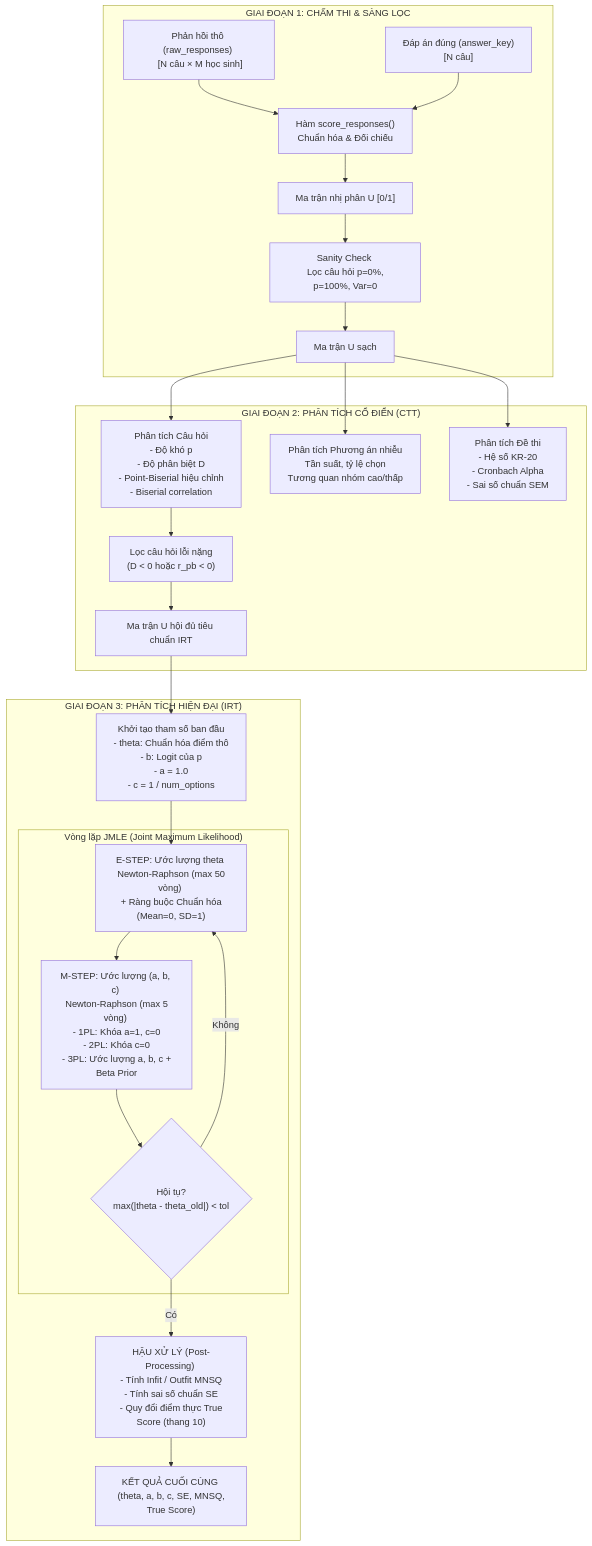
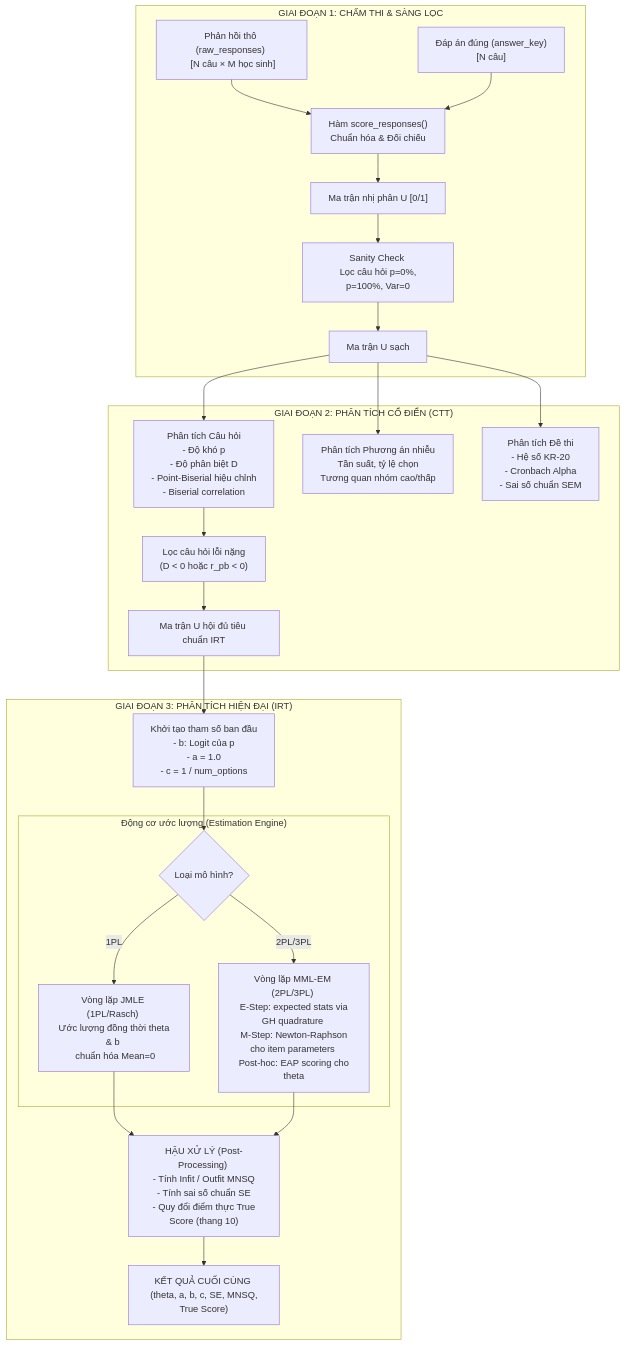
Before and after one commit to buithanhninh/rasch-irt: the first of 2 diagrams in README.md, drawn with Mermaid. The commit also changed other lines of this file and 7 other files, not shown here.

Commit message:
feat: Upgrade IRT 2PL/3PL to MML-EM with Gauss-Hermite quadrature and EAP scoring

````diff
--- a/README.md
+++ b/README.md
@@ -55,43 +55,43 @@
 ```mermaid
 flowchart TD
     subgraph G1["GIAI ĐOẠN 1: CHẤM THI & SÀNG LỌC"]
         Raw["Phản hồi thô (raw_responses) <br> [N câu × M học sinh]"]
         Key["Đáp án đúng (answer_key) <br> [N câu]"]
         Score["Hàm score_responses() <br> Chuẩn hóa & Đối chiếu"]
         Binary["Ma trận nhị phân U [0/1]"]
         Sanity["Sanity Check <br> Lọc câu hỏi p=0%, p=100%, Var=0"]
         CleanU["Ma trận U sạch"]
         
         Raw & Key --> Score --> Binary --> Sanity --> CleanU
     end
 
     subgraph G2["GIAI ĐOẠN 2: PHÂN TÍCH CỔ ĐIỂN (CTT)"]
         ItemCTT["Phân tích Câu hỏi <br> - Độ khó p <br> - Độ phân biệt D <br> - Point-Biserial hiệu chỉnh <br> - Biserial correlation"]
         Distractor["Phân tích Phương án nhiễu <br> Tần suất, tỷ lệ chọn <br> Tương quan nhóm cao/thấp"]
         TestCTT["Phân tích Đề thi <br> - Hệ số KR-20 <br> - Cronbach Alpha <br> - Sai số chuẩn SEM"]
         FilterBad["Lọc câu hỏi lỗi nặng <br> (D < 0 hoặc r_pb < 0)"]
         IrtU["Ma trận U hội đủ tiêu chuẩn IRT"]
         
         CleanU --> ItemCTT & Distractor & TestCTT
         ItemCTT --> FilterBad --> IrtU
     end
 
     subgraph G3["GIAI ĐOẠN 3: PHÂN TÍCH HIỆN ĐẠI (IRT)"]
-        Init["Khởi tạo tham số ban đầu <br> - theta: Chuẩn hóa điểm thô <br> - b: Logit của p <br> - a = 1.0 <br> - c = 1 / num_options"]
+        Init["Khởi tạo tham số ban đầu <br> - b: Logit của p <br> - a = 1.0 <br> - c = 1 / num_options"]
         
-        subgraph JMLE["Vòng lặp JMLE (Joint Maximum Likelihood)"]
-            Estep["E-STEP: Ước lượng theta <br> Newton-Raphson (max 50 vòng) <br> + Ràng buộc Chuẩn hóa (Mean=0, SD=1)"]
-            Mstep["M-STEP: Ước lượng (a, b, c) <br> Newton-Raphson (max 5 vòng) <br> - 1PL: Khóa a=1, c=0 <br> - 2PL: Khóa c=0 <br> - 3PL: Ước lượng a, b, c + Beta Prior"]
-            Conv{"Hội tụ? <br> max(|theta - theta_old|) < tol"}
+        subgraph Engine["Động cơ ước lượng (Estimation Engine)"]
+            ModelCheck{"Loại mô hình?"}
+            JMLE["Vòng lặp JMLE (1PL/Rasch) <br> Ước lượng đồng thời theta & b <br> chuẩn hóa Mean=0"]
+            MMLEM["Vòng lặp MML-EM (2PL/3PL) <br> E-Step: expected stats via GH quadrature <br> M-Step: Newton-Raphson cho item parameters <br> Post-hoc: EAP scoring cho theta"]
             
-            Estep --> Mstep --> Conv
-            Conv -- "Không" --> Estep
+            ModelCheck -- "1PL" --> JMLE
+            ModelCheck -- "2PL/3PL" --> MMLEM
         end
         
         Post["HẬU XỬ LÝ (Post-Processing) <br> - Tính Infit / Outfit MNSQ <br> - Tính sai số chuẩn SE <br> - Quy đổi điểm thực True Score (thang 10)"]
         Output["KẾT QUẢ CUỐI CÙNG <br> (theta, a, b, c, SE, MNSQ, True Score)"]
         
-        IrtU --> Init --> Estep
-        Conv -- "Có" --> Post --> Output
+        IrtU --> Init --> ModelCheck
+        JMLE & MMLEM --> Post --> Output
     end
 ```
````
